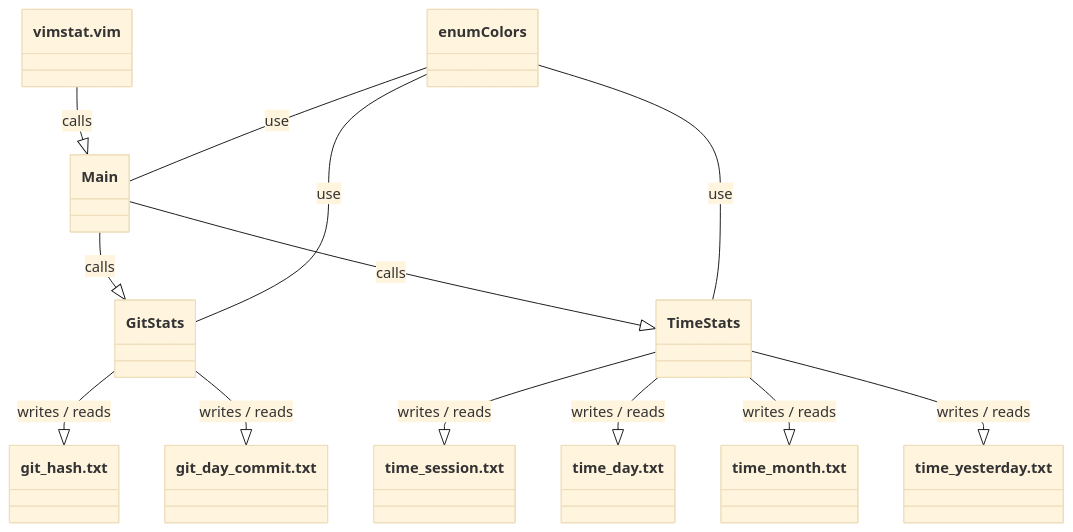
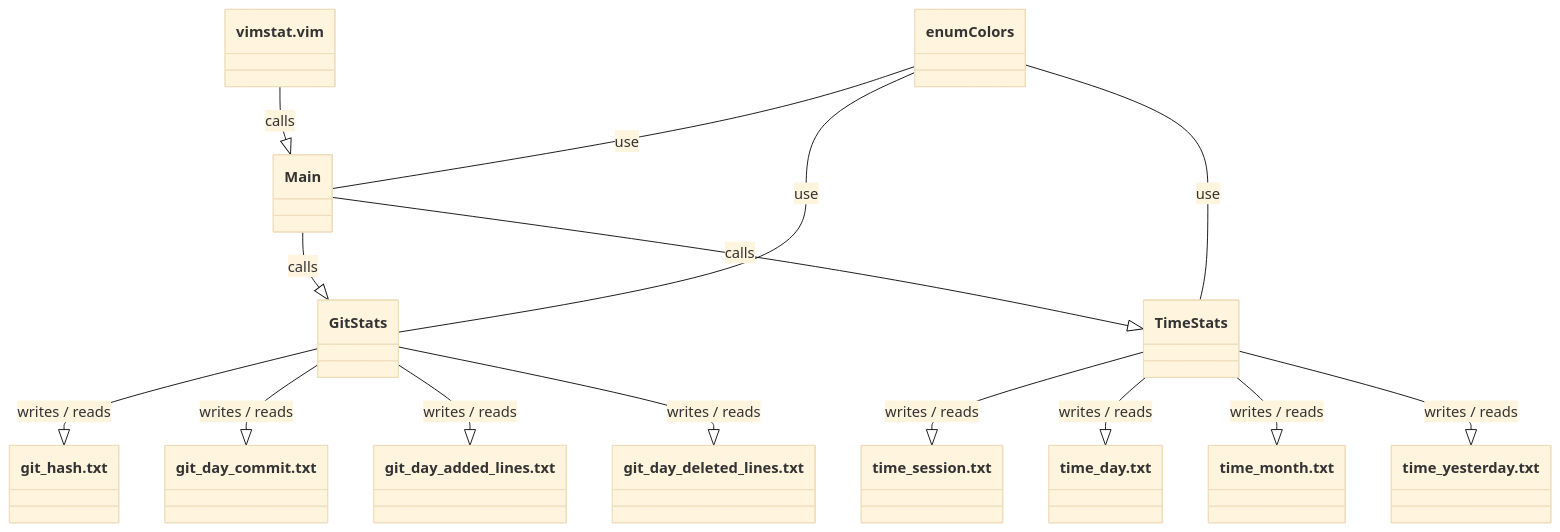
The second of 4 diagrams in vimstat/README.md (AlexandrAnatoliev/jvim-plugins), drawn with Mermaid (base theme) before and after one commit. The commit also changed other lines of this file and 6 other files, not shown here.

````diff
--- a/vimstat/README.md
+++ b/vimstat/README.md
@@ -162,49 +180,57 @@
 ```mermaid
 classDiagram
   
   class vimstat.vim {
   }
 
   class Main {
   }
 
   class enum Colors {
   }
 
   class GitStats {
   }
 
   class git_hash.txt {
   }
 
   class git_day_commit.txt {
+  }
+
+  class git_day_added_lines.txt {
+  }
+
+  class git_day_deleted_lines.txt {
   }
 
   class TimeStats {
   }
 
   class time_session.txt {
   }
 
   class time_day.txt {
   }
 
   class time_month.txt {
   }
 
   class time_yesterday.txt {
   }
 
   vimstat.vim --|> Main : calls
   Main --|> GitStats : calls
   Main --|> TimeStats : calls
   enum Colors -- Main : use
   enum Colors -- GitStats : use
   enum Colors -- TimeStats : use
   GitStats --|> git_hash.txt : writes / reads
   GitStats --|> git_day_commit.txt : writes / reads
+  GitStats --|> git_day_added_lines.txt : writes / reads
+  GitStats --|> git_day_deleted_lines.txt : writes / reads
   TimeStats --|> time_session.txt : writes / reads
   TimeStats --|> time_day.txt : writes / reads
   TimeStats --|> time_month.txt : writes / reads
   TimeStats --|> time_yesterday.txt : writes / reads
 ```
````
